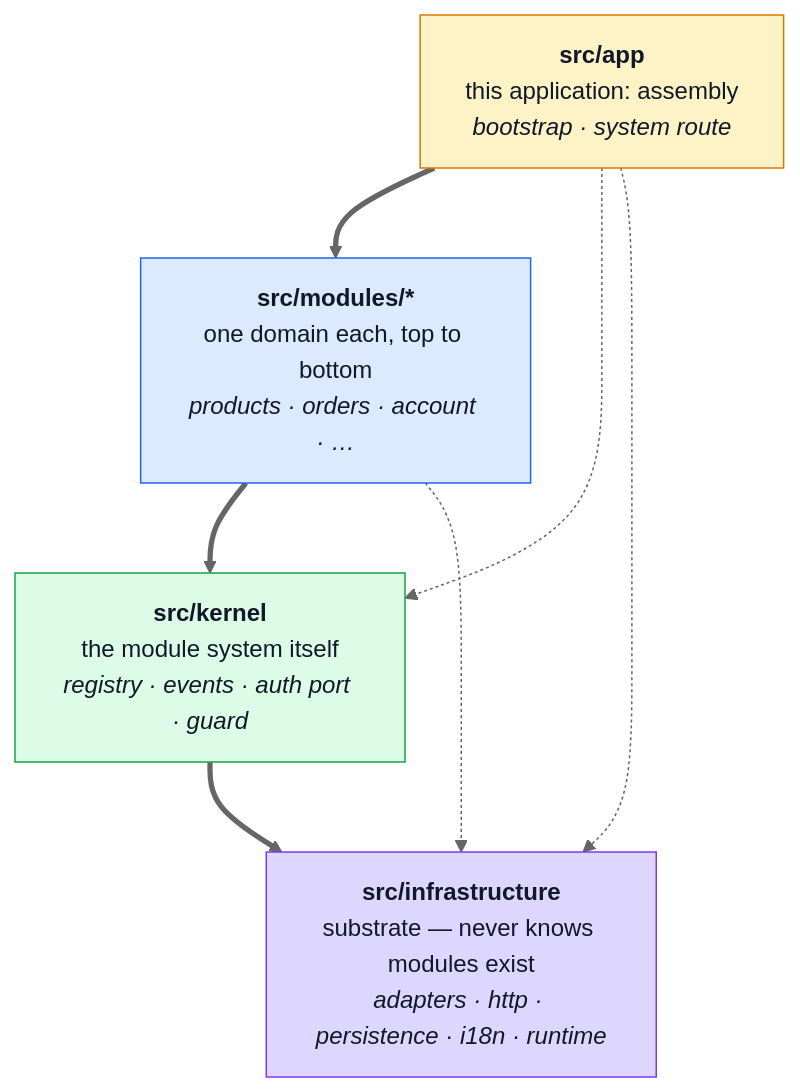
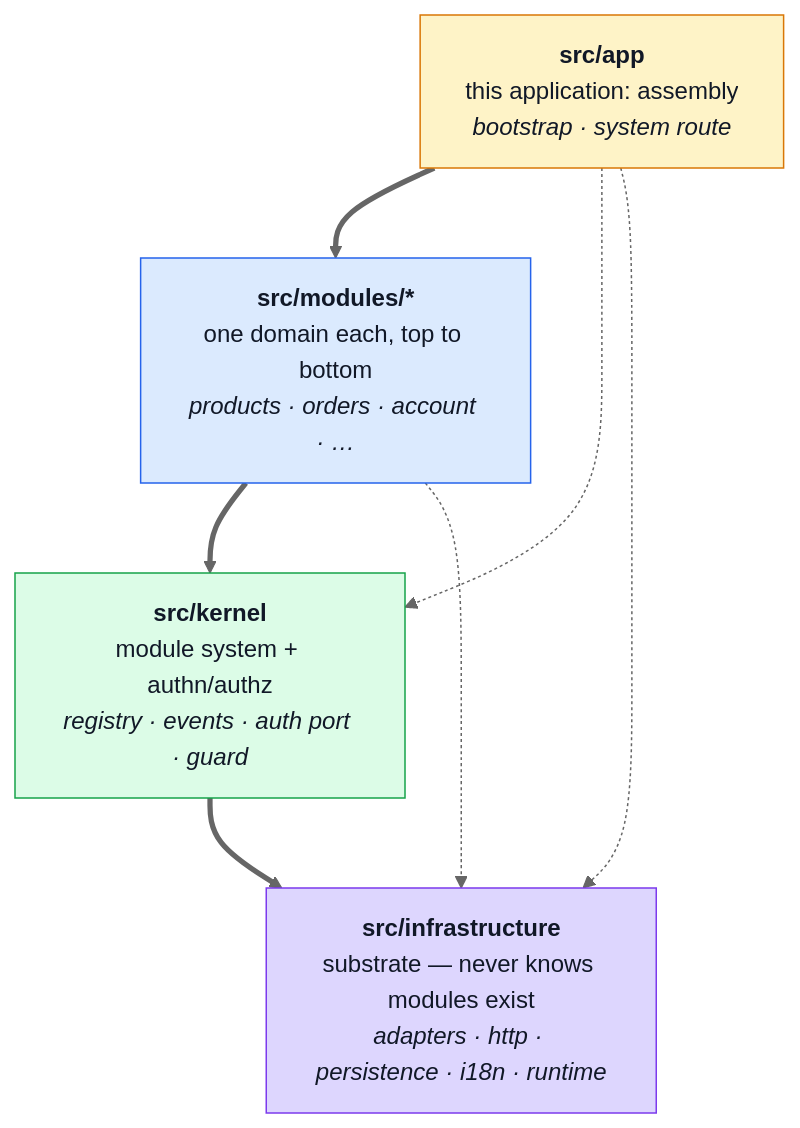
Before and after one commit to Guebbit/boilerplate-node-backend: the first of 7 diagrams in docs/theory/modules.md, drawn with Mermaid (neutral theme). The commit also changed other lines of this file and 1 other file, not shown here.

First line of the commit message:
docs(theory): stop calling the kernel "module system only" (SK-16)

````diff
--- a/docs/theory/modules.md
+++ b/docs/theory/modules.md
@@ -11,24 +11,24 @@
 ```mermaid
 %%{init: {'flowchart': {'nodeSpacing': 55, 'rankSpacing': 60}}}%%
 flowchart TD
     A["<b>src/app</b><br/>this application: assembly<br/><i>bootstrap · system route</i>"]
     M["<b>src/modules/*</b><br/>one domain each, top to bottom<br/><i>products · orders · account · …</i>"]
-    P["<b>src/kernel</b><br/>the module system itself<br/><i>registry · events · auth port · guard</i>"]
+    P["<b>src/kernel</b><br/>module system + authn/authz<br/><i>registry · events · auth port · guard</i>"]
     C["<b>src/infrastructure</b><br/>substrate — never knows modules exist<br/><i>adapters · http · persistence · i18n · runtime</i>"]
 
     A ==> M
     M ==> P
     P ==> C
     A -.-> P
     A -.-> C
     M -.-> C
 
     classDef app fill:#fef3c7,stroke:#d97706,color:#111827;
     classDef domain fill:#dbeafe,stroke:#2563eb,color:#111827;
     classDef plat fill:#dcfce7,stroke:#16a34a,color:#111827;
     classDef core fill:#ddd6fe,stroke:#7c3aed,color:#111827;
     class A app;
     class M domain;
     class P plat;
     class C core;
 ```
````
